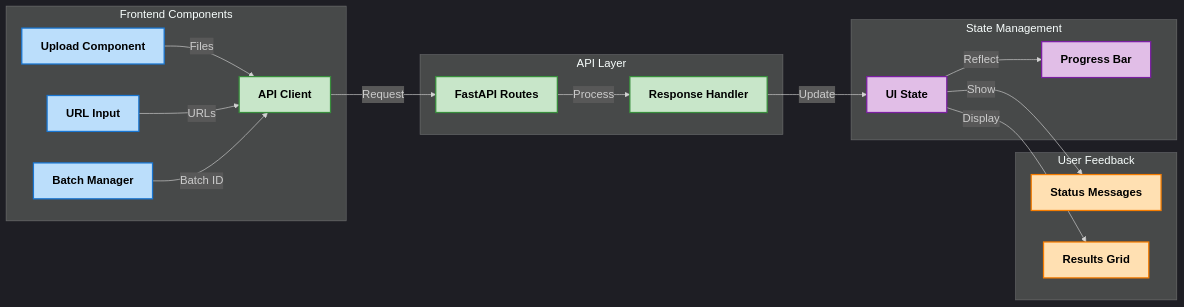
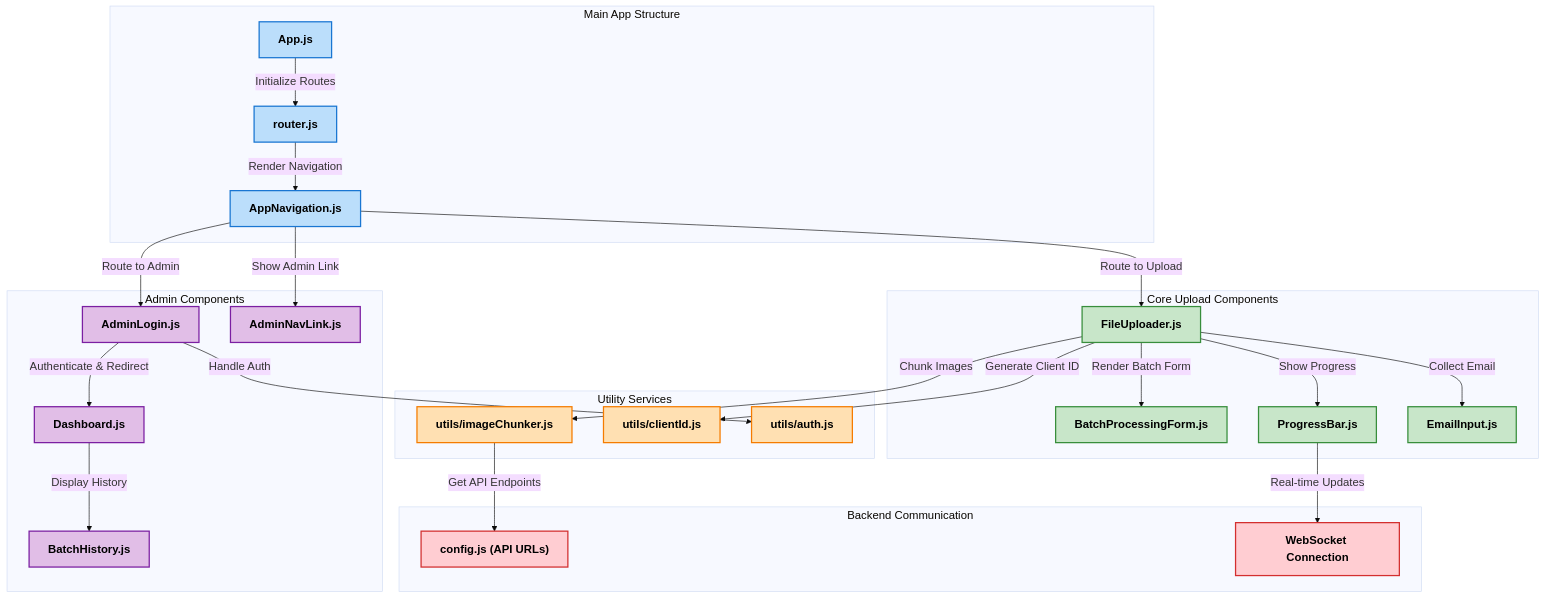
One commit to Dhruv0306/SymphonyProject1 changed the diagram in docs/images/State Management.mmd. Above: the diagram before and after it, drawn with Mermaid. The commit also changed 38 other files, not shown here.

Commit message:
docs: update documentation for WebSocket heartbeat and scheduler startup- Documented WebSocket heartbeat timeout mechanism- Added notes on scheduler initialization in startup event- Improved inline comments and logging descriptions for clarity

```diff
--- a/docs/images/State Management.mmd
+++ b/docs/images/State Management.mmd
@@ -1,32 +1,47 @@
-%%{init: {'theme': 'dark', 'themeVariables': { 'fontFamily': 'arial', 'fontSize': '18px', 'fontWeight': 'bold'}}}%%
-graph LR
-    subgraph "Frontend Components"
-        style A1 fill:#bbdefb,stroke:#1976d2,stroke-width:2px,color:#000000,font-weight:bold
-        style A2 fill:#bbdefb,stroke:#1976d2,stroke-width:2px,color:#000000,font-weight:bold
-        style A3 fill:#bbdefb,stroke:#1976d2,stroke-width:2px,color:#000000,font-weight:bold
-        A1[Upload Component] -->|"Files"| B1[API Client]
-        A2[URL Input] -->|"URLs"| B1
-        A3[Batch Manager] -->|"Batch ID"| B1
+%%{init: {'theme': 'base', 'themeVariables': { 'fontFamily': 'arial', 'fontSize': '18px', 'fontWeight': 'bold'}}}%%
+graph TD
+    subgraph "Main App Structure"
+        style A fill:#bbdefb,stroke:#1976d2,stroke-width:2px,color:#000000,font-weight:bold
+        style B fill:#bbdefb,stroke:#1976d2,stroke-width:2px,color:#000000,font-weight:bold
+        style C fill:#bbdefb,stroke:#1976d2,stroke-width:2px,color:#000000,font-weight:bold
+        A["App.js"] -->|"Initialize Routes"| B["router.js"]
+        B -->|"Render Navigation"| C["AppNavigation.js"]
     end
 
-    subgraph "API Layer"
-        style B1 fill:#c8e6c9,stroke:#388e3c,stroke-width:2px,color:#000000,font-weight:bold
-        style B2 fill:#c8e6c9,stroke:#388e3c,stroke-width:2px,color:#000000,font-weight:bold
-        style B3 fill:#c8e6c9,stroke:#388e3c,stroke-width:2px,color:#000000,font-weight:bold
-        B1 -->|"Request"| B2[FastAPI Routes]
-        B2 -->|"Process"| B3[Response Handler]
+    subgraph "Core Upload Components"
+        style D1 fill:#c8e6c9,stroke:#388e3c,stroke-width:2px,color:#000000,font-weight:bold
+        style D2 fill:#c8e6c9,stroke:#388e3c,stroke-width:2px,color:#000000,font-weight:bold
+        style D3 fill:#c8e6c9,stroke:#388e3c,stroke-width:2px,color:#000000,font-weight:bold
+        style D4 fill:#c8e6c9,stroke:#388e3c,stroke-width:2px,color:#000000,font-weight:bold
+        C -->|"Route to Upload"| D1["FileUploader.js"]
+        D1 -->|"Render Batch Form"| D2["BatchProcessingForm.js"]
+        D1 -->|"Show Progress"| D3["ProgressBar.js"]
+        D1 -->|"Collect Email"| D4["EmailInput.js"]
     end
 
-    subgraph "State Management"
-        style C1 fill:#e1bee7,stroke:#7b1fa2,stroke-width:2px,color:#000000,font-weight:bold
-        style C2 fill:#e1bee7,stroke:#7b1fa2,stroke-width:2px,color:#000000,font-weight:bold
-        B3 -->|"Update"| C1[UI State]
-        C1 -->|"Reflect"| C2[Progress Bar]
+    subgraph "Admin Components"
+        style E1 fill:#e1bee7,stroke:#7b1fa2,stroke-width:2px,color:#000000,font-weight:bold
+        style E2 fill:#e1bee7,stroke:#7b1fa2,stroke-width:2px,color:#000000,font-weight:bold
+        style E3 fill:#e1bee7,stroke:#7b1fa2,stroke-width:2px,color:#000000,font-weight:bold
+        style E4 fill:#e1bee7,stroke:#7b1fa2,stroke-width:2px,color:#000000,font-weight:bold
+        C -->|"Route to Admin"| E1["AdminLogin.js"]
+        E1 -->|"Authenticate & Redirect"| E2["Dashboard.js"]
+        E2 -->|"Display History"| E3["BatchHistory.js"]
+        C -->|"Show Admin Link"| E4["AdminNavLink.js"]
     end
 
-    subgraph "User Feedback"
-        style D1 fill:#ffe0b2,stroke:#f57c00,stroke-width:2px,color:#000000,font-weight:bold
-        style D2 fill:#ffe0b2,stroke:#f57c00,stroke-width:2px,color:#000000,font-weight:bold
-        C1 -->|"Show"| D1[Status Messages]
-        C1 -->|"Display"| D2[Results Grid]
+    subgraph "Utility Services"
+        style F1 fill:#ffe0b2,stroke:#f57c00,stroke-width:2px,color:#000000,font-weight:bold
+        style F2 fill:#ffe0b2,stroke:#f57c00,stroke-width:2px,color:#000000,font-weight:bold
+        style F3 fill:#ffe0b2,stroke:#f57c00,stroke-width:2px,color:#000000,font-weight:bold
+        D1 -->|"Chunk Images"| F1["utils/imageChunker.js"]
+        D1 -->|"Generate Client ID"| F2["utils/clientId.js"]
+        E1 -->|"Handle Auth"| F3["utils/auth.js"]
     end
+
+    subgraph "Backend Communication"
+        style G1 fill:#ffcdd2,stroke:#d32f2f,stroke-width:2px,color:#000000,font-weight:bold
+        style G2 fill:#ffcdd2,stroke:#d32f2f,stroke-width:2px,color:#000000,font-weight:bold
+        F1 -->|"Get API Endpoints"| G1["config.js (API URLs)"]
+        D3 -->|"Real-time Updates"| G2["WebSocket Connection"]
+    end
```
